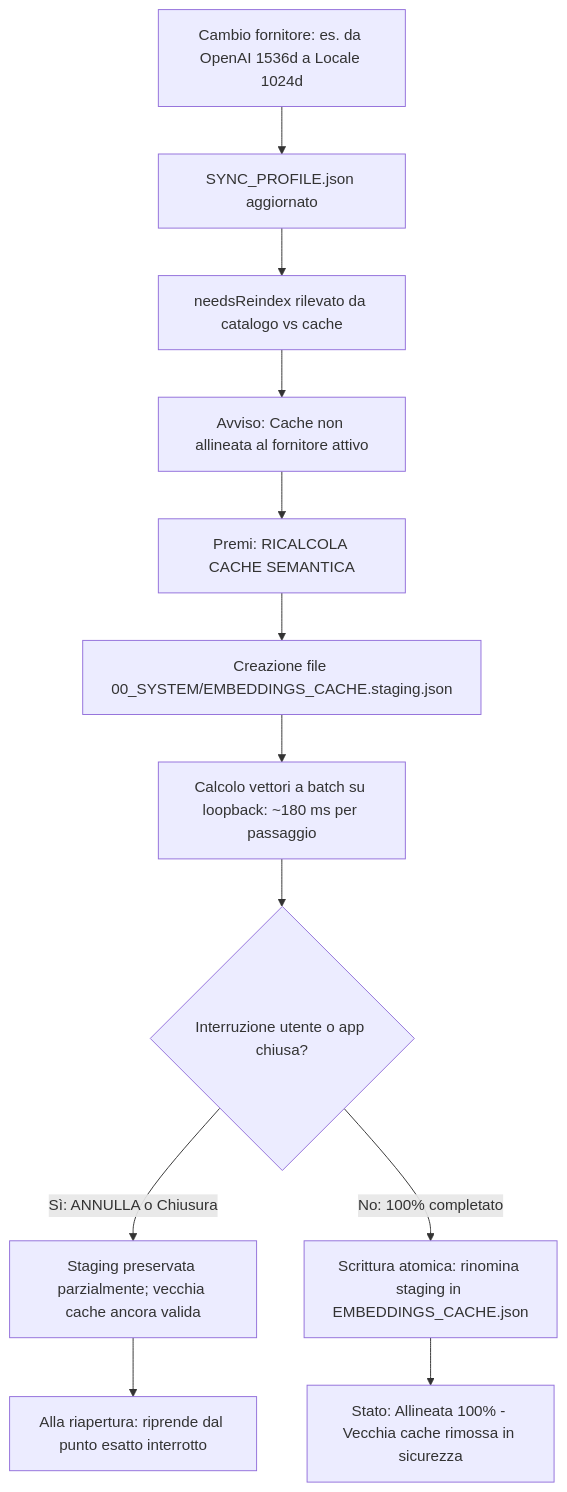
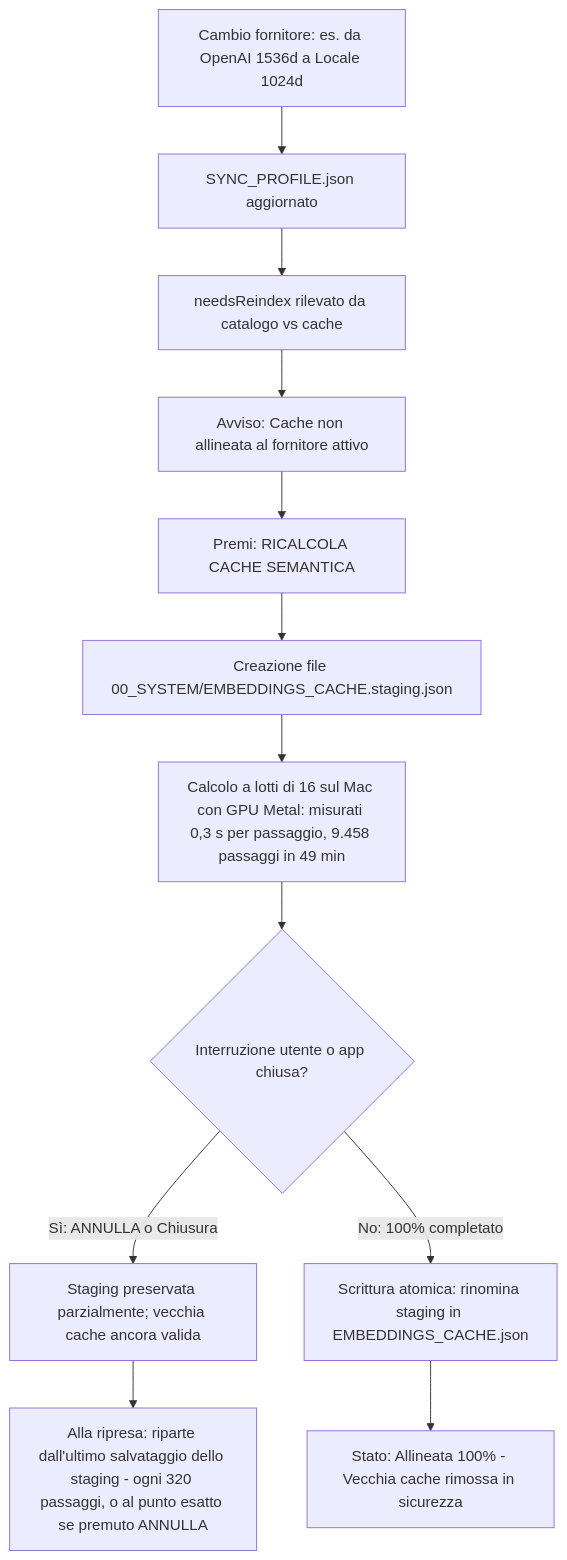
Diagram 21 of 22 in HELP/04_WORKFLOW.md (cesarenegro/vault_memai_obsi), drawn with Mermaid before and after one commit. The commit also changed other lines of this file and 8 other files, not shown here.

````diff
--- a/HELP/04_WORKFLOW.md
+++ b/HELP/04_WORKFLOW.md
@@ -372,14 +372,14 @@
 ```mermaid
 flowchart TD
   A[Cambio fornitore: es. da OpenAI 1536d a Locale 1024d] --> B[SYNC_PROFILE.json aggiornato]
   B --> C[needsReindex rilevato da catalogo vs cache]
   C --> D[Avviso: Cache non allineata al fornitore attivo]
   D --> E[Premi: RICALCOLA CACHE SEMANTICA]
   E --> F[Creazione file 00_SYSTEM/EMBEDDINGS_CACHE.staging.json]
-  F --> G[Calcolo vettori a batch su loopback: ~180 ms per passaggio]
+  F --> G[Calcolo a lotti di 16 sul Mac con GPU Metal: misurati 0,3 s per passaggio, 9.458 passaggi in 49 min]
   G --> H{Interruzione utente o app chiusa?}
   H -- Sì: ANNULLA o Chiusura --> I[Staging preservata parzialmente; vecchia cache ancora valida]
-  I --> J[Alla riapertura: riprende dal punto esatto interrotto]
+  I --> J[Alla ripresa: riparte dall'ultimo salvataggio dello staging - ogni 320 passaggi, o al punto esatto se premuto ANNULLA]
   H -- No: 100% completato --> K[Scrittura atomica: rinomina staging in EMBEDDINGS_CACHE.json]
   K --> L[Stato: Allineata 100% - Vecchia cache rimossa in sicurezza]
 ```
````
